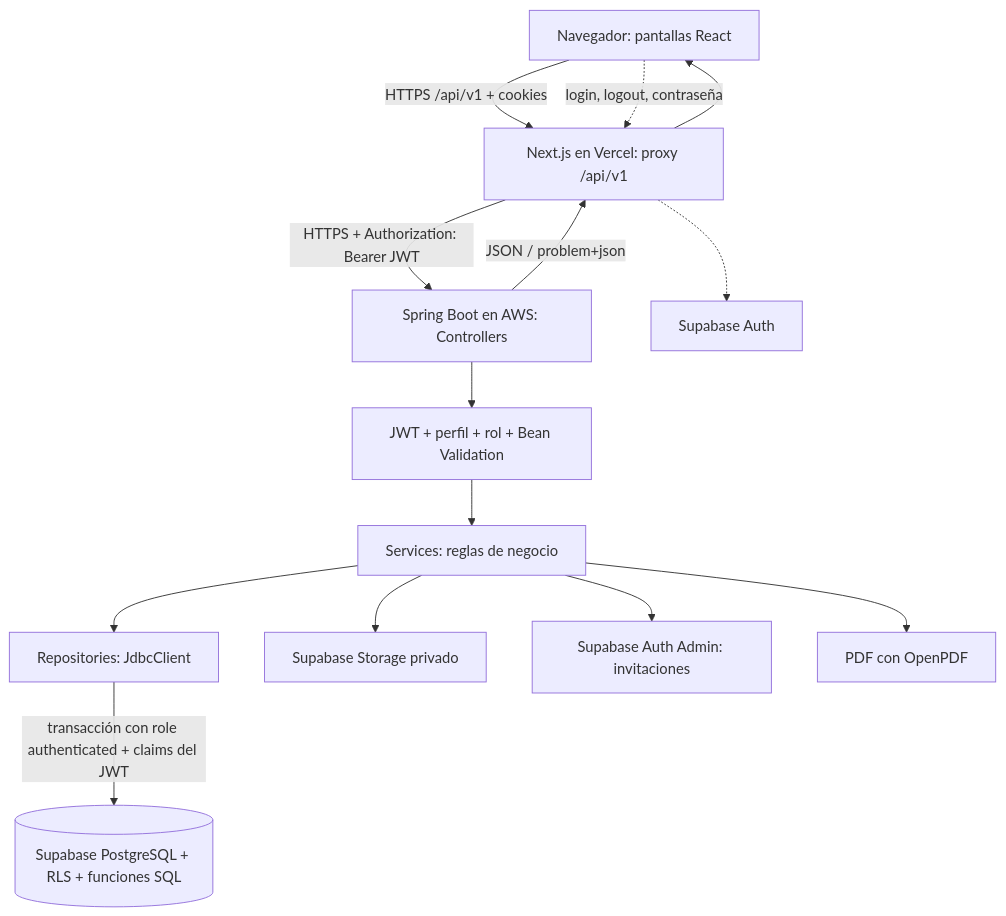
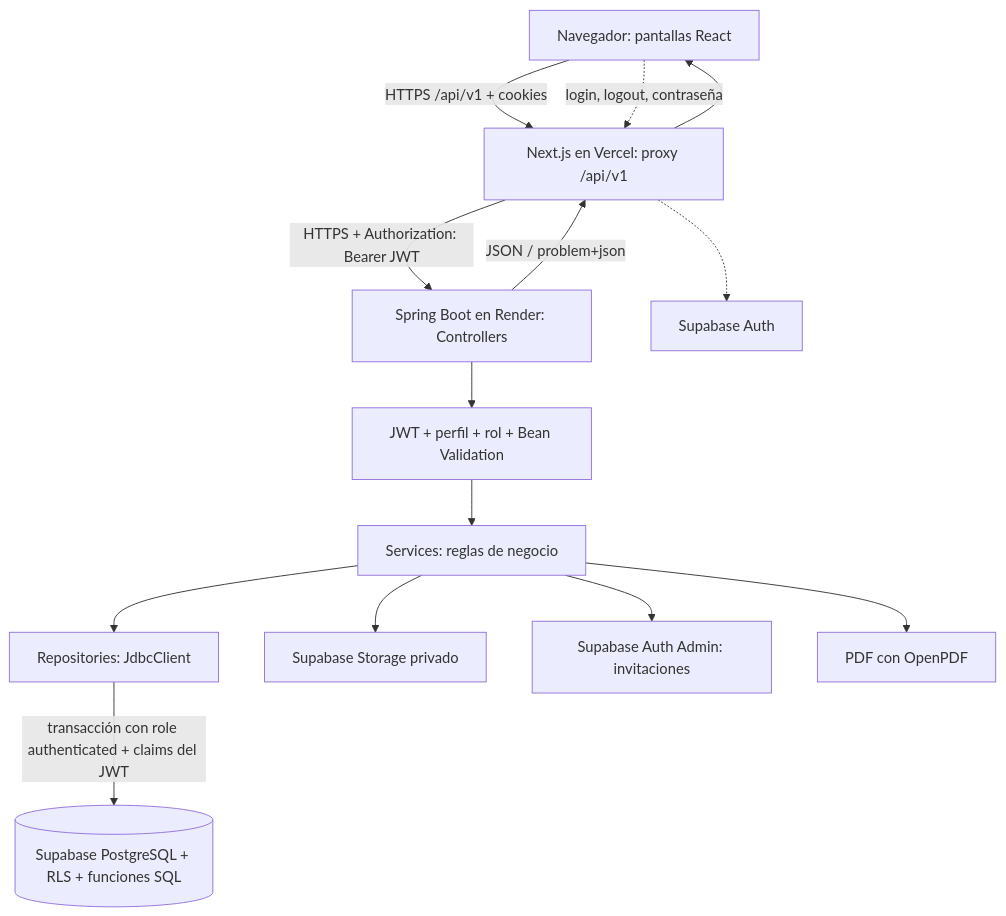
Before and after one commit to Elian-Casallas/inmocheck: the first of 2 diagrams in docs/arquitectura.md, drawn with Mermaid. The commit also changed other lines of this file and 9 other files, not shown here.

````diff
--- a/docs/arquitectura.md
+++ b/docs/arquitectura.md
@@ -16,16 +16,16 @@
 ```mermaid
 flowchart TD
   B[Navegador: pantallas React] -->|HTTPS /api/v1 + cookies| N[Next.js en Vercel: proxy /api/v1]
-  N -->|HTTPS + Authorization: Bearer JWT| C[Spring Boot en AWS: Controllers]
+  N -->|HTTPS + Authorization: Bearer JWT| C[Spring Boot en Render: Controllers]
   C --> V[JWT + perfil + rol + Bean Validation]
   V --> S[Services: reglas de negocio]
   S --> RP[Repositories: JdbcClient]
   RP -->|transacción con role authenticated + claims del JWT| D[(Supabase PostgreSQL + RLS + funciones SQL)]
   S --> ST[Supabase Storage privado]
   S --> AU[Supabase Auth Admin: invitaciones]
   S --> P[PDF con OpenPDF]
   C -->|JSON / problem+json| N
   N --> B
   B -.->|login, logout, contraseña| N
   N -.-> SA[Supabase Auth]
 ```
````
